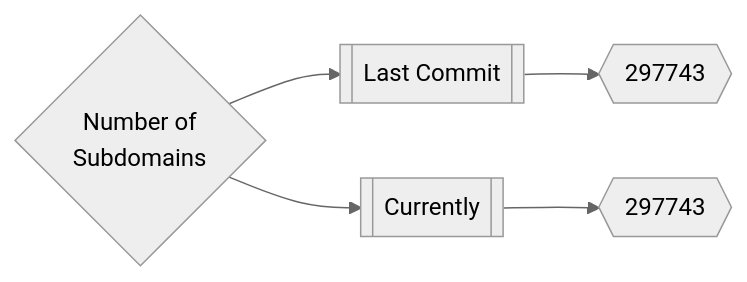
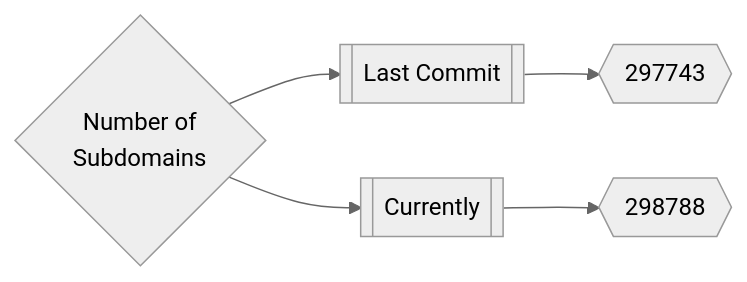
The first of 3 diagrams in README.md (trickest/inventory), drawn with Mermaid (neutral theme) before and after one commit. The commit also changed other lines of this file and 112 other files, not shown here.

````diff
--- a/README.md
+++ b/README.md
@@ -165,5 +165,5 @@
 ```mermaid
 graph LR
 title{Number of<br>Subdomains} --> subdomainsDate1[[Last Commit]] --> subdomainsNum1{{297743}}
-title --> subdomainsDate2[[Currently]] --> subdomainsNum2{{297743}}
+title --> subdomainsDate2[[Currently]] --> subdomainsNum2{{298788}}
 ```
````
